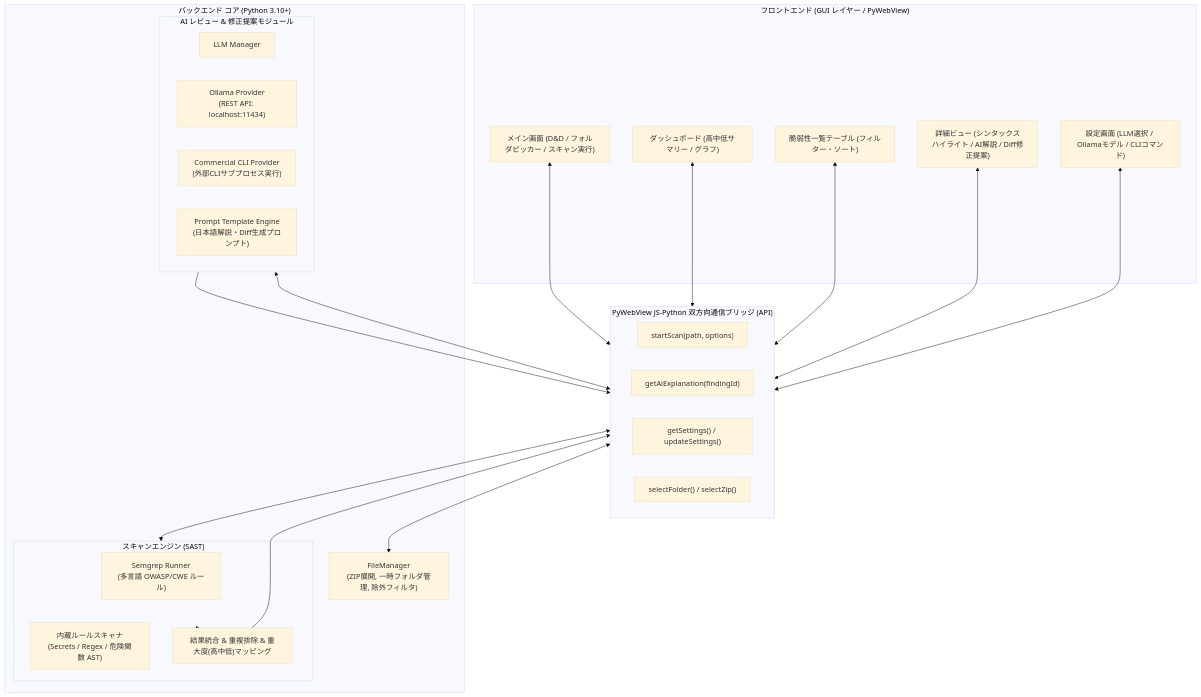
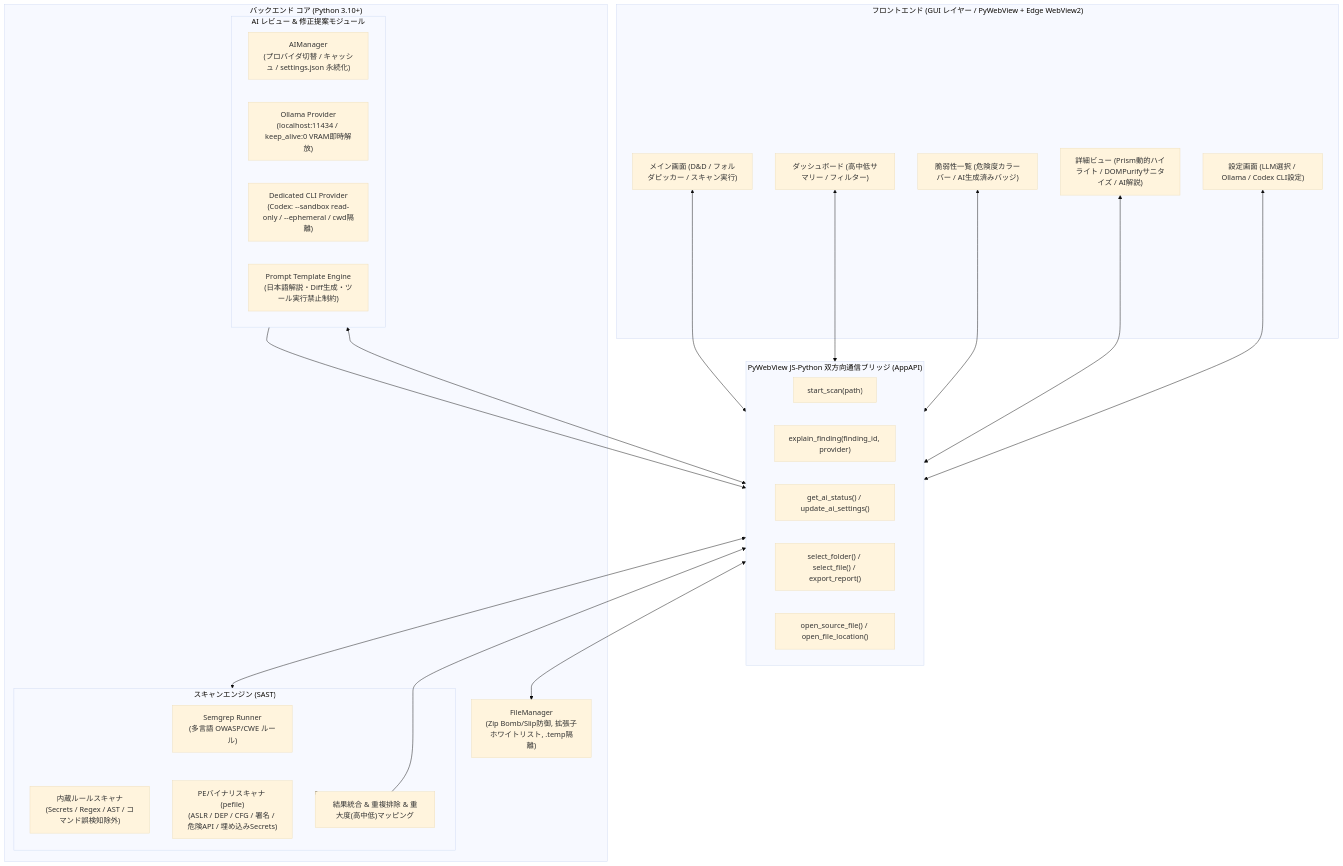
Before and after one commit to shred0901-DEV/CodeChecker: the diagram in docs/ARCHITECTURE.md, drawn with Mermaid (base theme). The commit also changed other lines of this file and 7 other files, not shown here.

````diff
--- a/docs/ARCHITECTURE.md
+++ b/docs/ARCHITECTURE.md
@@ -10,48 +10,50 @@
 ```mermaid
 flowchart TB
-    subgraph Frontend["フロントエンド (GUI レイヤー / PyWebView)"]
+    subgraph Frontend["フロントエンド (GUI レイヤー / PyWebView + Edge WebView2)"]
         UI_Main["メイン画面 (D&D / フォルダピッカー / スキャン実行)"]
-        UI_Dash["ダッシュボード (高中低サマリー / グラフ)"]
-        UI_List["脆弱性一覧テーブル (フィルター・ソート)"]
-        UI_Detail["詳細ビュー (シンタックスハイライト / AI解説 / Diff修正提案)"]
-        UI_Settings["設定画面 (LLM選択 / Ollamaモデル / CLIコマンド)"]
+        UI_Dash["ダッシュボード (高中低サマリー / フィルター)"]
+        UI_List["脆弱性一覧 (危険度カラーバー / AI生成済みバッジ)"]
+        UI_Detail["詳細ビュー (Prism動的ハイライト / DOMPurifyサニタイズ / AI解説)"]
+        UI_Settings["設定画面 (LLM選択 / Ollama / Codex CLI設定)"]
     end
 
-    subgraph Bridge["PyWebView JS-Python 双方向通信ブリッジ (API)"]
-        API_Scan["startScan(path, options)"]
-        API_Explain["getAiExplanation(findingId)"]
-        API_Settings["getSettings() / updateSettings()"]
-        API_Dialog["selectFolder() / selectZip()"]
+    subgraph Bridge["PyWebView JS-Python 双方向通信ブリッジ (AppAPI)"]
+        API_Scan["start_scan(path)"]
+        API_Explain["explain_finding(finding_id, provider)"]
+        API_Settings["get_ai_status() / update_ai_settings()"]
+        API_Dialog["select_folder() / select_file() / export_report()"]
+        API_Open["open_source_file() / open_file_location()"]
     end
 
     subgraph Core["バックエンド コア (Python 3.10+)"]
-        FileManager["FileManager\n(ZIP展開, 一時フォルダ管理, 除外フィルタ)"]
+        FileManager["FileManager\n(Zip Bomb/Slip防御, 拡張子ホワイトリスト, .temp隔離)"]
         
         subgraph ScannerEngine["スキャンエンジン (SAST)"]
             SemgrepRunner["Semgrep Runner\n(多言語 OWASP/CWE ルール)"]
-            BuiltinRules["内蔵ルールスキャナ\n(Secrets / Regex / 危険関数 AST)"]
+            BuiltinRules["内蔵ルールスキャナ\n(Secrets / Regex / AST / コマンド誤検知除外)"]
+            PEScanner["PEバイナリスキャナ (pefile)\n(ASLR / DEP / CFG / 署名 / 危険API / 埋め込みSecrets)"]
             Aggregator["結果統合 & 重複排除 & 重大度(高中低)マッピング"]
         end
 
         subgraph AIModule["AI レビュー & 修正提案モジュール"]
-            LLMManager["LLM Manager"]
-            OllamaClient["Ollama Provider\n(REST API: localhost:11434)"]
-            CLIClient["Commercial CLI Provider\n(外部CLIサブプロセス実行)"]
-            PromptEngine["Prompt Template Engine\n(日本語解説・Diff生成プロンプト)"]
+            AIManager["AIManager\n(プロバイダ切替 / キャッシュ / settings.json 永続化)"]
+            OllamaClient["Ollama Provider\n(localhost:11434 / keep_alive:0 VRAM即時解放)"]
+            CodexClient["Dedicated CLI Provider\n(Codex: --sandbox read-only / --ephemeral / cwd隔離)"]
+            PromptEngine["Prompt Template Engine\n(日本語解説・Diff生成・ツール実行禁止制約)"]
         end
     end
 
     UI_Main <--> Bridge
     UI_Dash <--> Bridge
     UI_List <--> Bridge
     UI_Detail <--> Bridge
     UI_Settings <--> Bridge
 
     Bridge <--> FileManager
     Bridge <--> ScannerEngine
     Bridge <--> AIModule
 
     ScannerEngine --> Aggregator
     Aggregator --> Bridge
     AIModule --> Bridge
 ```
````
